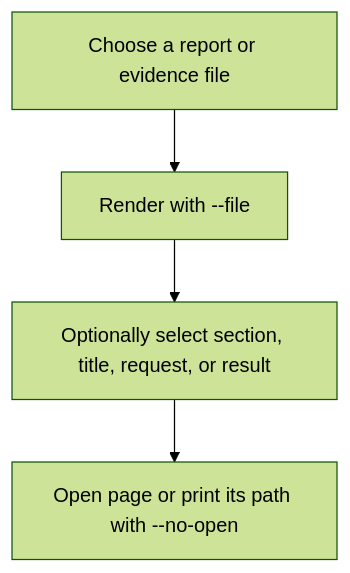
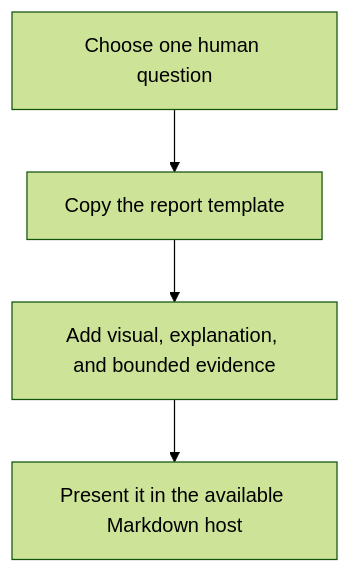
The seventh of 9 diagrams in show-context/show-context.command.md (starodubtsevconsulting/ai-commands), drawn with Mermaid (forest theme) before and after one commit. The commit also changed other lines of this file and 1 other file, not shown here.

````diff
--- a/show-context/show-context.command.md
+++ b/show-context/show-context.command.md
@@ -102,7 +127,7 @@
 ```mermaid
 flowchart TD
-  Source["Choose a report or evidence file"]
-  Source --> Render["Render with --file"]
-  Render --> Optional["Optionally select section, title, request, or result"]
-  Optional --> Output["Open page or print its path with --no-open"]
+  Question["Choose one human question"]
+  Question --> Template["Copy the report template"]
+  Template --> Evidence["Add visual, explanation, and bounded evidence"]
+  Evidence --> Host["Present it in the available Markdown host"]
 ```
````
